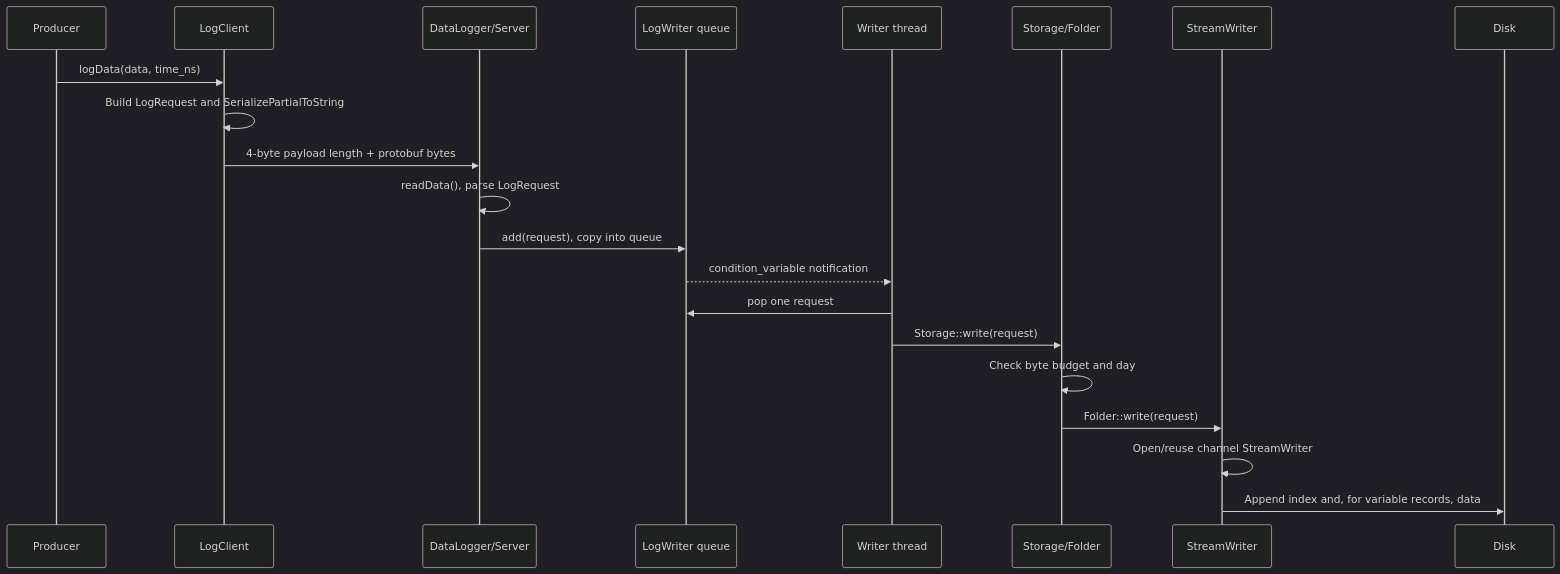
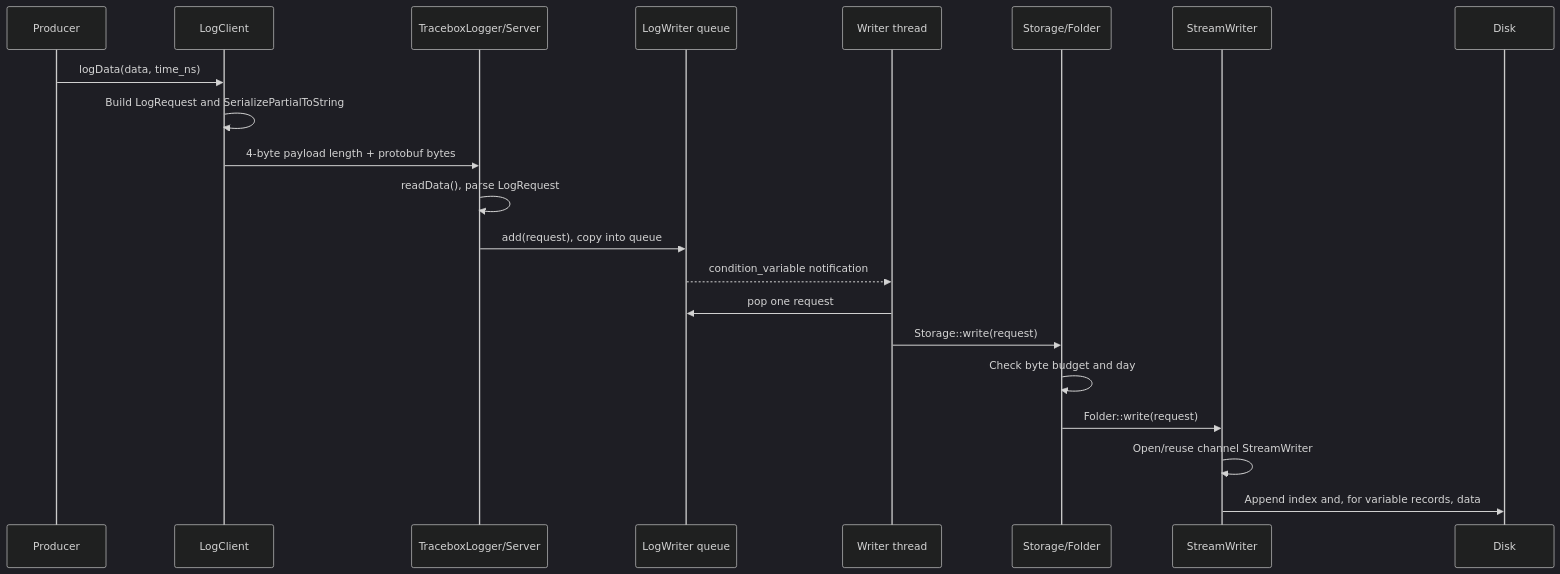
The second of 2 diagrams in docs/architecture.md (ip332/tracebox), drawn with Mermaid (dark theme) before and after one commit. The commit also changed other lines of this file and 18 other files, not shown here.

````diff
--- a/docs/architecture.md
+++ b/docs/architecture.md
@@ -73,24 +73,24 @@
 ```mermaid
 sequenceDiagram
     participant P as Producer
     participant C as LogClient
-    participant S as DataLogger/Server
+    participant S as TraceboxLogger/Server
     participant Q as LogWriter queue
     participant W as Writer thread
     participant ST as Storage/Folder
     participant F as StreamWriter
     participant D as Disk
 
     P->>C: logData(data, time_ns)
     C->>C: Build LogRequest and SerializePartialToString
     C->>S: 4-byte payload length + protobuf bytes
     S->>S: readData(), parse LogRequest
     S->>Q: add(request), copy into queue
     Q-->>W: condition_variable notification
     W->>Q: pop one request
     W->>ST: Storage::write(request)
     ST->>ST: Check byte budget and day
     ST->>F: Folder::write(request)
     F->>F: Open/reuse channel StreamWriter
     F->>D: Append index and, for variable records, data
 ```
````
